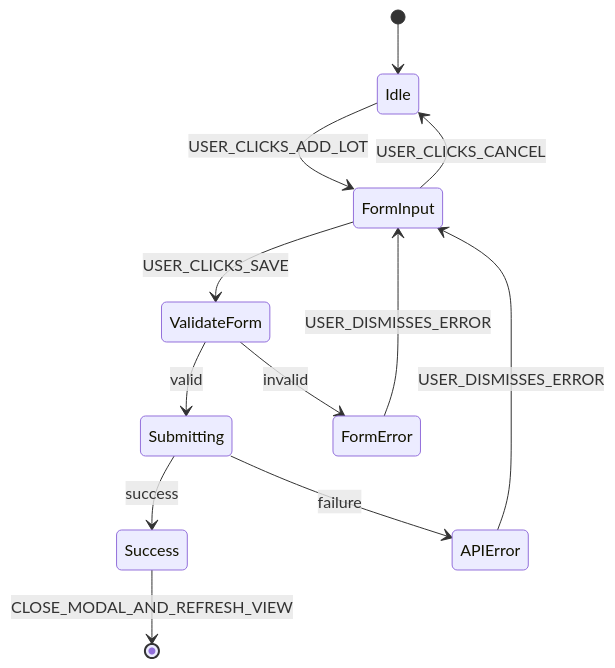
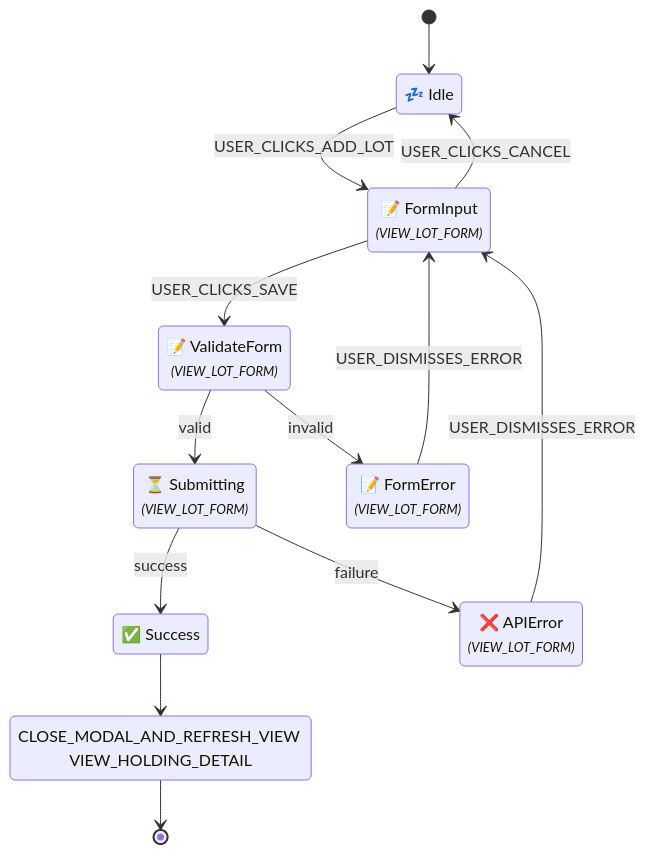
One commit to enzhao/Sentinel changed diagram 29 of 60 in product_spec.md. Above: the diagram before and after it, drawn with Mermaid. The commit also changed other lines of this file and 3 other files, not shown here.

First line of the commit message:
docs(spec): refine and clarify UI flow specifications

````diff
--- a/product_spec.md
+++ b/product_spec.md
@@ -1527,14 +1663,24 @@
 ```mermaid
 stateDiagram-v2
+    %% Flow ID: FLOW_CREATE_LOT_MANUAL
     [*] --> Idle
+    state "💤 Idle" as Idle
     Idle --> FormInput : USER_CLICKS_ADD_LOT
+    state "📝 FormInput<br/><font size="2"><i>(VIEW_LOT_FORM)</i></font>" as FormInput
+    FormInput --> ValidateForm : USER_CLICKS_SAVE
     FormInput --> Idle : USER_CLICKS_CANCEL
-    FormInput --> ValidateForm : USER_CLICKS_SAVE
+    state "📝 ValidateForm<br/><font size="2"><i>(VIEW_LOT_FORM)</i></font>" as ValidateForm
     ValidateForm --> Submitting : valid
     ValidateForm --> FormError : invalid
+    state "⏳ Submitting<br/><font size="2"><i>(VIEW_LOT_FORM)</i></font>" as Submitting
     Submitting --> Success : success
     Submitting --> APIError : failure
+    state "✅ Success" as Success
+    state "CLOSE_MODAL_AND_REFRESH_VIEW VIEW_HOLDING_DETAIL" as Success_exit_action
+    Success --> Success_exit_action
+    Success_exit_action --> [*]
+    state "📝 FormError<br/><font size="2"><i>(VIEW_LOT_FORM)</i></font>" as FormError
     FormError --> FormInput : USER_DISMISSES_ERROR
+    state "❌ APIError<br/><font size="2"><i>(VIEW_LOT_FORM)</i></font>" as APIError
     APIError --> FormInput : USER_DISMISSES_ERROR
-    Success --> [*] : CLOSE_MODAL_AND_REFRESH_VIEW
 ```
````
